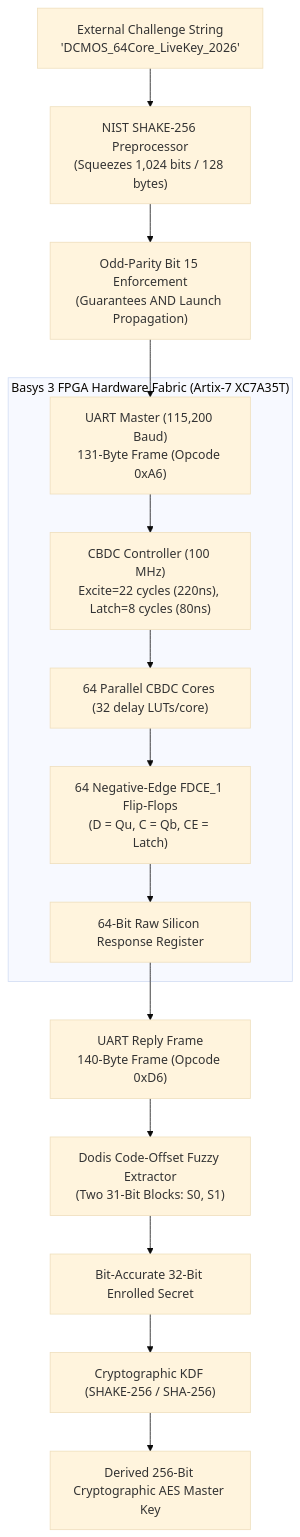
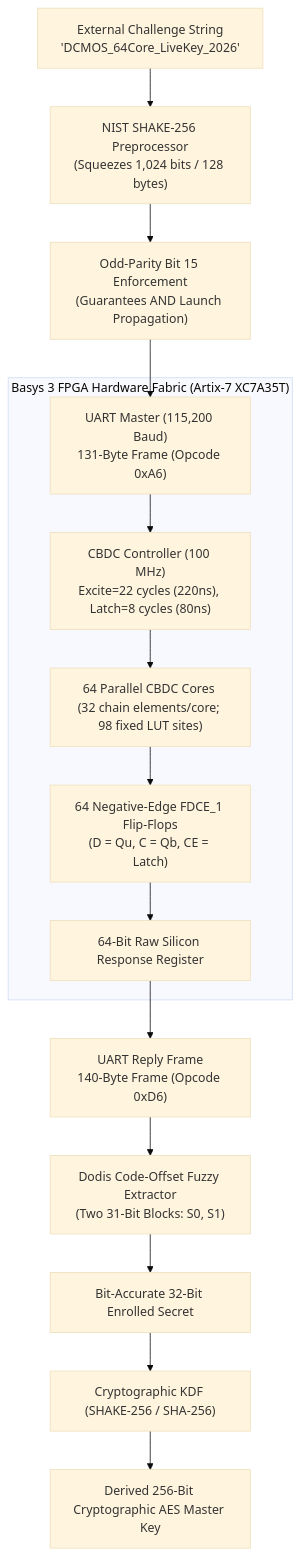
The diagram in reports/CBDC_PUF_REPLICATION_REPORT.md (cskarthikk/DCMOS_CBDC), drawn with Mermaid (base theme) before and after one commit. The commit also changed other lines of this file and 49 other files, not shown here.

````diff
--- a/reports/CBDC_PUF_REPLICATION_REPORT.md
+++ b/reports/CBDC_PUF_REPLICATION_REPORT.md
@@ -48,19 +41,19 @@
 ```mermaid
 flowchart TD
     ExtChallenge["External Challenge String\n'DCMOS_64Core_LiveKey_2026'"] --> SHA3["NIST SHAKE-256 Preprocessor\n(Squeezes 1,024 bits / 128 bytes)"]
     SHA3 --> ParityCheck["Odd-Parity Bit 15 Enforcement\n(Guarantees AND Launch Propagation)"]
     ParityCheck --> UARTTx["UART Master (115,200 Baud)\n131-Byte Frame (Opcode 0xA6)"]
     
     subgraph Basys3 ["Basys 3 FPGA Hardware Fabric (Artix-7 XC7A35T)"]
         UARTTx --> UARTRx["CBDC Controller (100 MHz)\nExcite=22 cycles (220ns), Latch=8 cycles (80ns)"]
-        UARTRx --> Cores["64 Parallel CBDC Cores (32 delay LUTs/core)"]
+        UARTRx --> Cores["64 Parallel CBDC Cores (32 chain elements/core; 98 fixed LUT sites)"]
         Cores --> Arbiters["64 Negative-Edge FDCE_1 Flip-Flops\n(D = Qu, C = Qb, CE = Latch)"]
         Arbiters --> ResponseReg["64-Bit Raw Silicon Response Register"]
     end
     
     ResponseReg --> UARTEcho["UART Reply Frame\n140-Byte Frame (Opcode 0xD6)"]
     UARTEcho --> CodeOffset["Dodis Code-Offset Fuzzy Extractor\n(Two 31-Bit Blocks: S0, S1)"]
     CodeOffset --> StableKey["Bit-Accurate 32-Bit Enrolled Secret"]
     StableKey --> SHA256["Cryptographic KDF (SHAKE-256 / SHA-256)"]
     SHA256 --> AESKey["Derived 256-Bit Cryptographic AES Master Key"]
 ```
````
